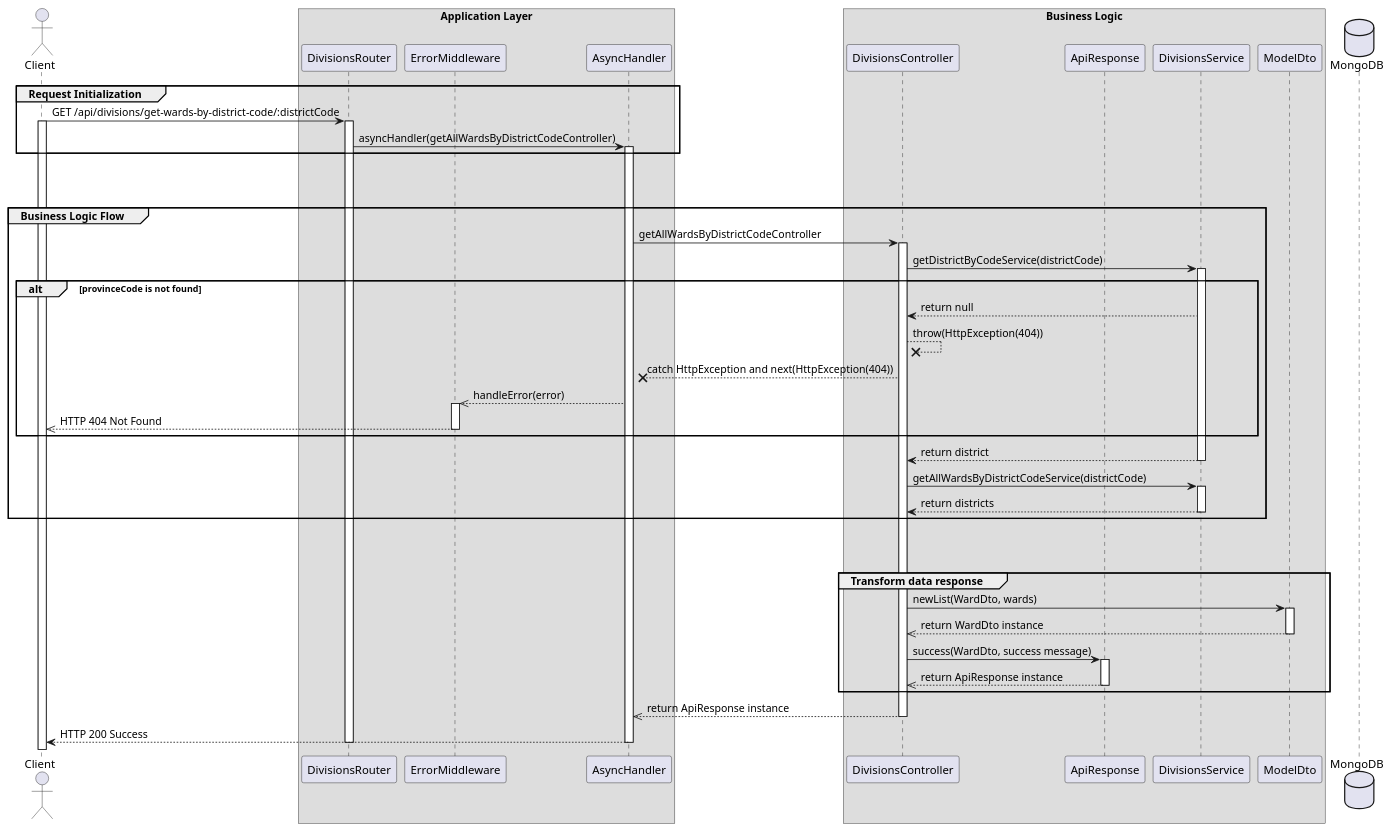
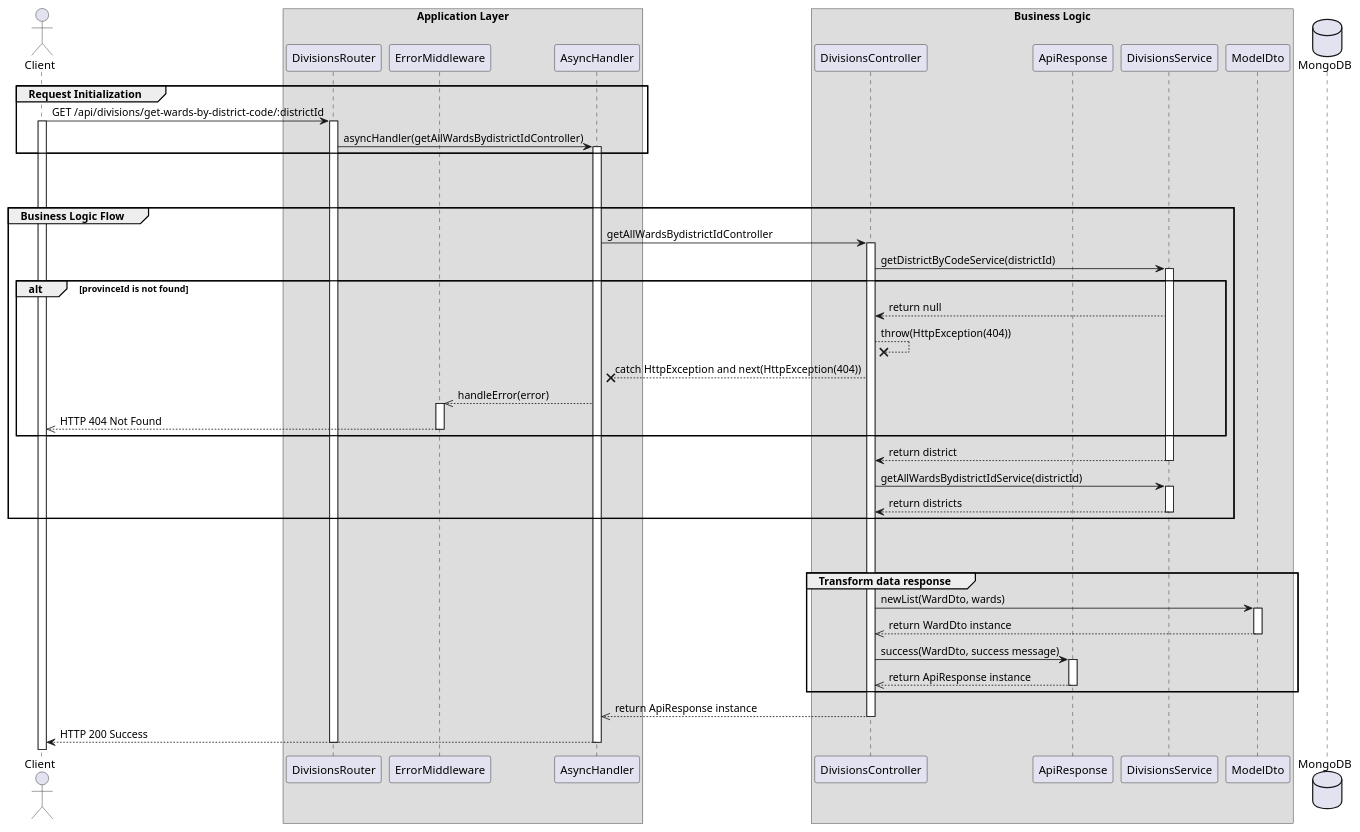
One commit to hiusnguyen201/BE_ClothingShop changed the diagram in docs/sequences/UC25-ViewListWard/UC25-ViewListWard.wsd. Above: the diagram before and after it, drawn with PlantUML. The commit also changed 20 other files, not shown here.

```diff
--- a/docs/sequences/UC25-ViewListWard/UC25-ViewListWard.wsd
+++ b/docs/sequences/UC25-ViewListWard/UC25-ViewListWard.wsd
@@ -1,78 +1,78 @@
 @startuml View list Disctricts
 
 actor Client
 
 box "Application Layer"
 participant DivisionsRouter 
 participant ErrorMiddleware 
 participant AsyncHandler 
 end box
 
 
 box "Business Logic"
 participant DivisionsController
 participant ApiResponse
 participant DivisionsService 
 participant ModelDto
 end box
 
 database MongoDB
 
 ' Step 1
 group Request Initialization
-    Client -> DivisionsRouter: GET /api/divisions/get-wards-by-district-code/:districtCode
+    Client -> DivisionsRouter: GET /api/divisions/get-wards-by-district-code/:districtId
     activate Client
     activate DivisionsRouter
-    DivisionsRouter -> AsyncHandler: asyncHandler(getAllWardsByDistrictCodeController)
+    DivisionsRouter -> AsyncHandler: asyncHandler(getAllWardsBydistrictIdController)
     activate AsyncHandler
 end
 
 break
 break
 
 ' step 2
 group Business Logic Flow
-    AsyncHandler -> DivisionsController: getAllWardsByDistrictCodeController
+    AsyncHandler -> DivisionsController: getAllWardsBydistrictIdController
     activate DivisionsController
-    DivisionsController -> DivisionsService: getDistrictByCodeService(districtCode)
+    DivisionsController -> DivisionsService: getDistrictByCodeService(districtId)
     activate DivisionsService
-    alt provinceCode is not found
+    alt provinceId is not found
         DivisionsService --> DivisionsController: return null
         DivisionsController --x DivisionsController: throw(HttpException(404))
         DivisionsController --x AsyncHandler: catch HttpException and next(HttpException(404))
         AsyncHandler -->> ErrorMiddleware: handleError(error) 
         activate ErrorMiddleware
         ErrorMiddleware -->> Client: HTTP 404 Not Found
         deactivate ErrorMiddleware
     end
     DivisionsService --> DivisionsController: return district
     deactivate DivisionsService
-    DivisionsController -> DivisionsService: getAllWardsByDistrictCodeService(districtCode)
+    DivisionsController -> DivisionsService: getAllWardsBydistrictIdService(districtId)
     activate DivisionsService
     DivisionsService --> DivisionsController: return districts
     deactivate DivisionsService 
 
 end
 break
 break
 
 group Transform data response
     DivisionsController -> ModelDto: newList(WardDto, wards)
     activate ModelDto
     ModelDto -->> DivisionsController: return WardDto instance
     deactivate ModelDto
 
     DivisionsController -> ApiResponse: success(WardDto, success message)
     activate ApiResponse
     ApiResponse -->> DivisionsController: return ApiResponse instance
     deactivate ApiResponse 
 end
 DivisionsController -->> AsyncHandler: return ApiResponse instance
 deactivate DivisionsController
 AsyncHandler --> Client: HTTP 200 Success
 deactivate AsyncHandler
 deactivate DivisionsRouter
 
 
 
 @enduml
```
